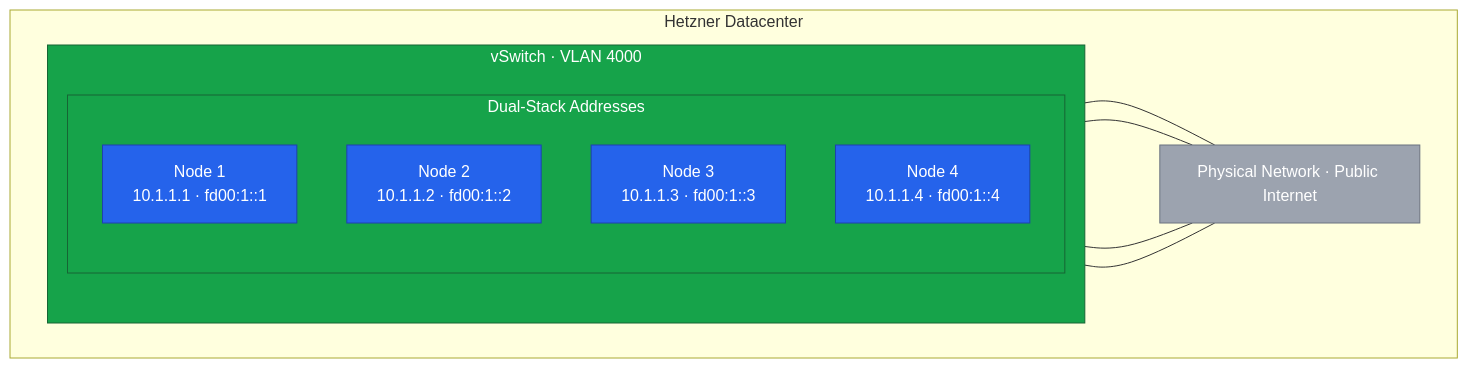
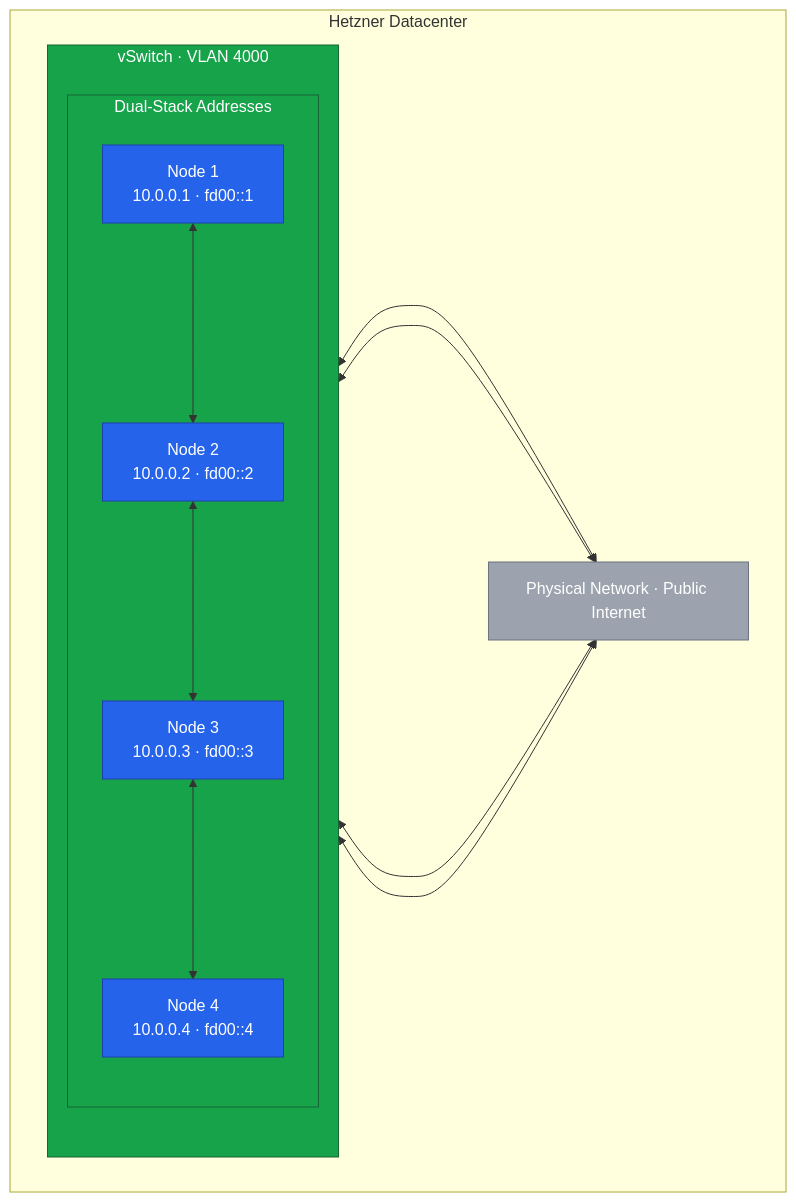
The second of 2 diagrams in guides/migrating-k3s-to-rke2-without-downtime/lesson-6.md (philprime/philprime.dev), drawn with Mermaid before and after one commit. The commit also changed other lines of this file, not shown here.

````diff
--- a/guides/migrating-k3s-to-rke2-without-downtime/lesson-6.md
+++ b/guides/migrating-k3s-to-rke2-without-downtime/lesson-6.md
@@ -89,28 +141,32 @@
 ```mermaid!
 flowchart TB
     subgraph DC["Hetzner Datacenter"]
         subgraph VS["vSwitch · VLAN 4000"]
             direction TB
             subgraph addrs["Dual-Stack Addresses"]
-                N1["Node 1<br/>10.1.1.1 · fd00:1::1"]
-                N2["Node 2<br/>10.1.1.2 · fd00:1::2"]
-                N3["Node 3<br/>10.1.1.3 · fd00:1::3"]
-                N4["Node 4<br/>10.1.1.4 · fd00:1::4"]
+                N1["Node 1<br/>10.0.0.1 · fd00::1"]
+                N2["Node 2<br/>10.0.0.2 · fd00::2"]
+                N3["Node 3<br/>10.0.0.3 · fd00::3"]
+                N4["Node 4<br/>10.0.0.4 · fd00::4"]
             end
         end
         PN["Physical Network · Public Internet"]
     end
 
-    N1 --- PN
-    N2 --- PN
-    N3 --- PN
-    N4 --- PN
+    N1 <---> PN
+    N2 <---> PN
+    N3 <---> PN
+    N4 <---> PN
+
+    N1 <---> N2
+    N2 <---> N3
+    N3 <---> N4
 
     classDef vswitch fill:#16a34a,color:#fff,stroke:#166534
     classDef node fill:#2563eb,color:#fff,stroke:#1e40af
     classDef network fill:#9ca3af,color:#fff,stroke:#6b7280
 
     class VS,addrs vswitch
     class N1,N2,N3,N4 node
     class PN network
 ```
````
